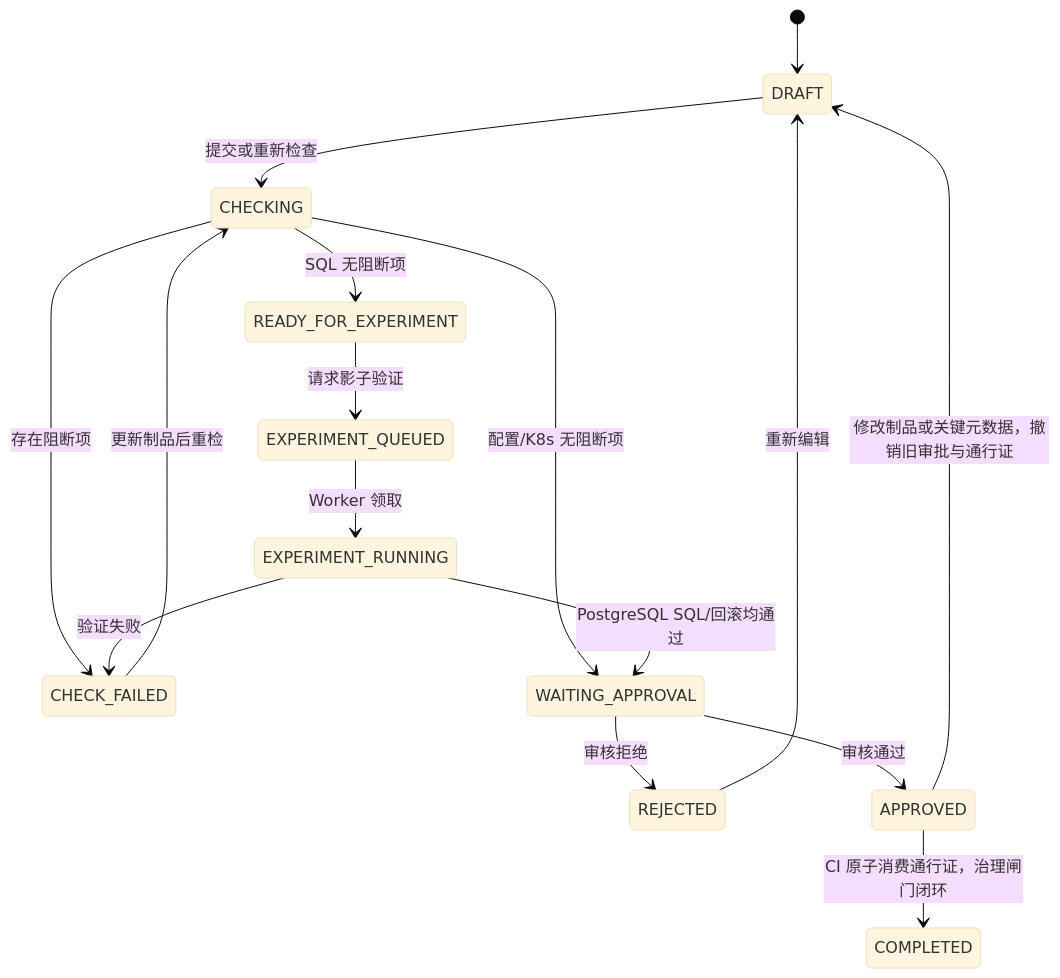
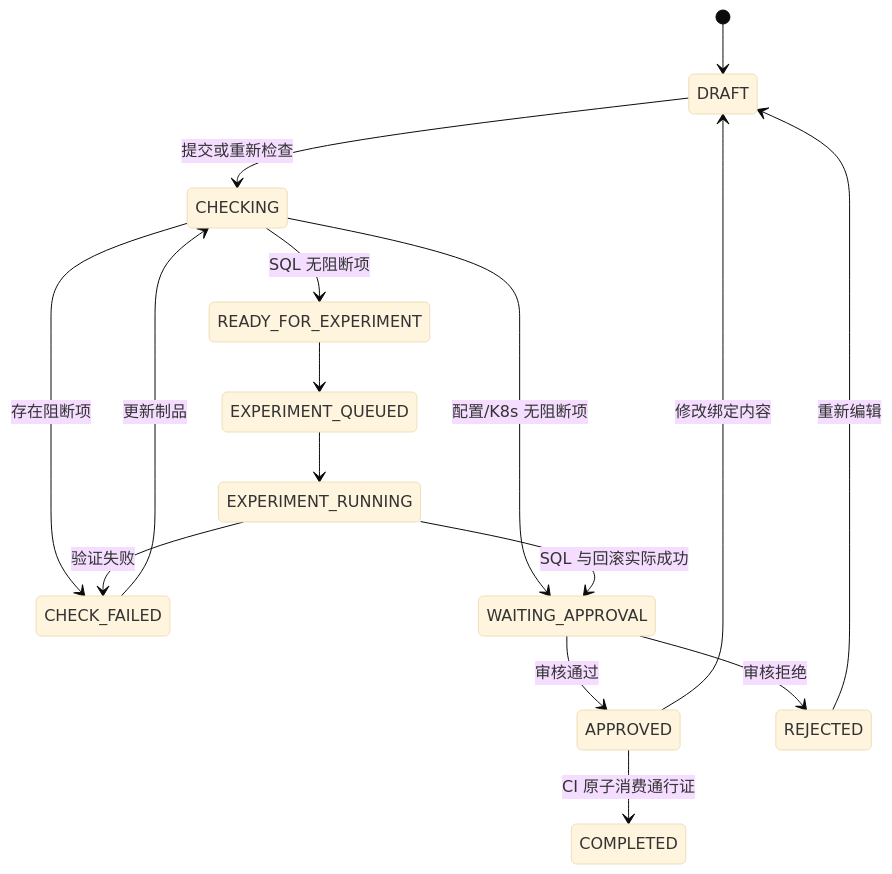
Before and after one commit to kyfd/changeguard: the second of 2 diagrams in docs/architecture.md, drawn with Mermaid (base theme). The commit also changed other lines of this file and 61 other files, not shown here.

````diff
--- a/docs/architecture.md
+++ b/docs/architecture.md
@@ -102,18 +88,18 @@
-~~~mermaid
+```mermaid
 stateDiagram-v2
     [*] --> DRAFT
     DRAFT --> CHECKING: 提交或重新检查
     CHECKING --> CHECK_FAILED: 存在阻断项
     CHECKING --> WAITING_APPROVAL: 配置/K8s 无阻断项
     CHECKING --> READY_FOR_EXPERIMENT: SQL 无阻断项
-    CHECK_FAILED --> CHECKING: 更新制品后重检
-    READY_FOR_EXPERIMENT --> EXPERIMENT_QUEUED: 请求影子验证
-    EXPERIMENT_QUEUED --> EXPERIMENT_RUNNING: Worker 领取
-    EXPERIMENT_RUNNING --> WAITING_APPROVAL: PostgreSQL SQL/回滚均通过
+    CHECK_FAILED --> CHECKING: 更新制品
+    READY_FOR_EXPERIMENT --> EXPERIMENT_QUEUED
+    EXPERIMENT_QUEUED --> EXPERIMENT_RUNNING
+    EXPERIMENT_RUNNING --> WAITING_APPROVAL: SQL 与回滚实际成功
     EXPERIMENT_RUNNING --> CHECK_FAILED: 验证失败
+    WAITING_APPROVAL --> APPROVED: 审核通过
     WAITING_APPROVAL --> REJECTED: 审核拒绝
-    WAITING_APPROVAL --> APPROVED: 审核通过
-    APPROVED --> DRAFT: 修改制品或关键元数据，撤销旧审批与通行证
-    APPROVED --> COMPLETED: CI 原子消费通行证，治理闸门闭环
+    APPROVED --> DRAFT: 修改绑定内容
+    APPROVED --> COMPLETED: CI 原子消费通行证
     REJECTED --> DRAFT: 重新编辑
-~~~
+```
````
